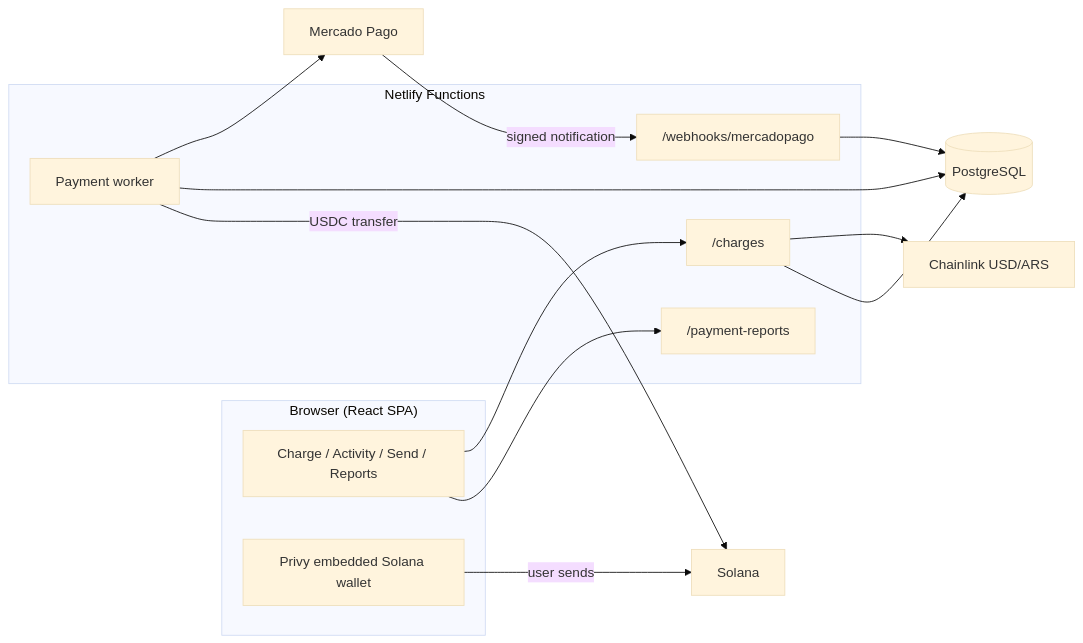
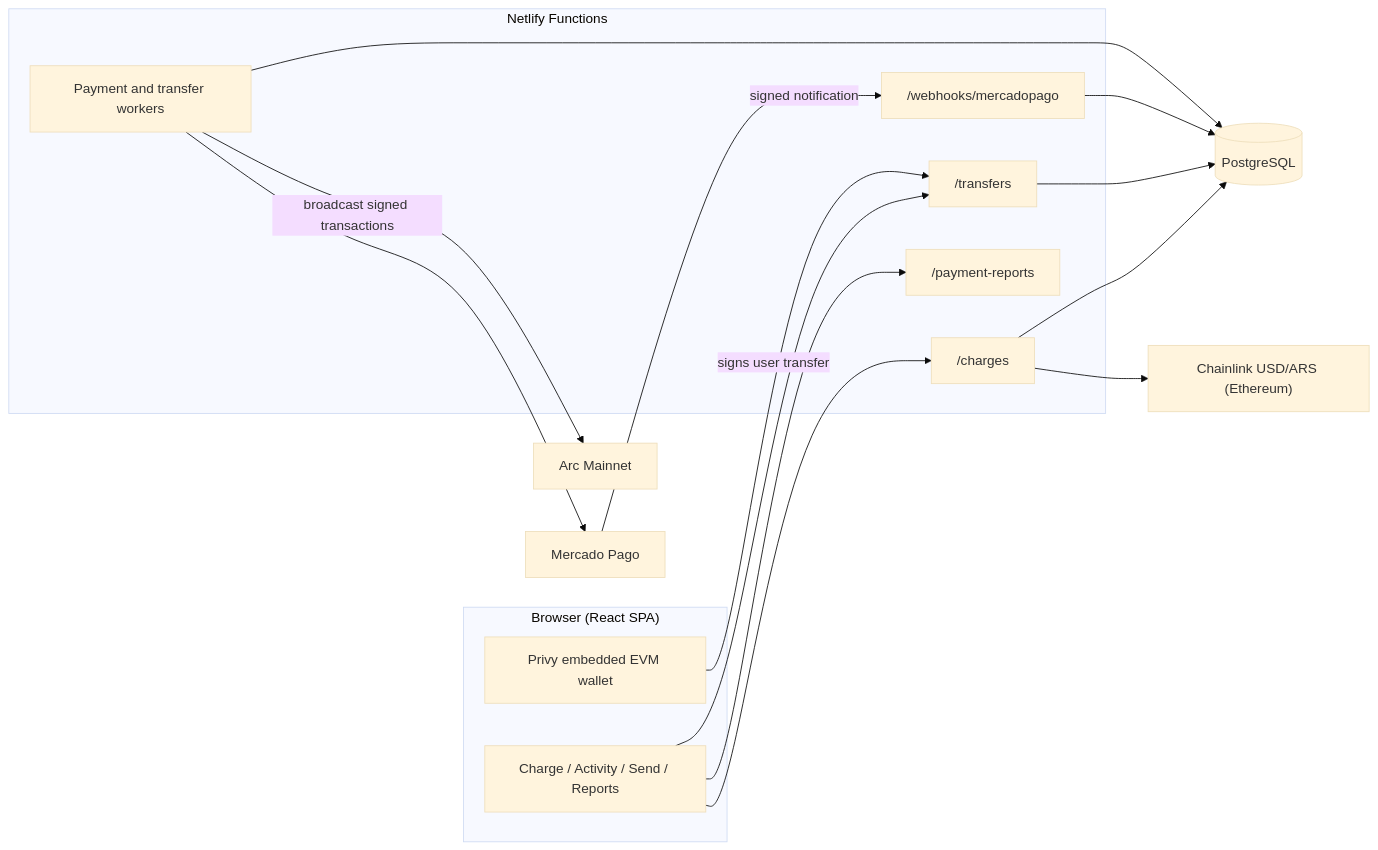
The diagram in README.md (MidatoPay/arc), drawn with Mermaid (base theme) before and after one commit. The commit also changed other lines of this file and 114 other files, not shown here.

Commit message:
Migrate MidatoPay to Arc Mainnet

````diff
--- a/README.md
+++ b/README.md
@@ -86,26 +82,28 @@
 ```mermaid
 flowchart LR
   subgraph Client["Browser (React SPA)"]
     UI["Charge / Activity / Send / Reports"]
-    PW["Privy embedded Solana wallet"]
+    PW["Privy embedded EVM wallet"]
   end
   subgraph Netlify["Netlify Functions"]
     CH["/charges"]
+    TR["/transfers"]
     WH["/webhooks/mercadopago"]
-    WK["Payment worker"]
+    WK["Payment and transfer workers"]
     RP["/payment-reports"]
   end
   DB[("PostgreSQL")]
   MP["Mercado Pago"]
-  SOL["Solana"]
-  ETH["Chainlink USD/ARS"]
+  ARC["Arc Mainnet"]
+  ETH["Chainlink USD/ARS (Ethereum)"]
 
-  UI --> CH & RP
-  PW -->|user sends| SOL
+  UI --> CH & RP & TR
+  PW -->|signs user transfer| TR
   CH --> ETH
   CH --> DB
+  TR --> DB
   MP -->|signed notification| WH --> DB
   WK --> MP
   WK --> DB
-  WK -->|USDC transfer| SOL
+  WK -->|broadcast signed transactions| ARC
 ```
````
